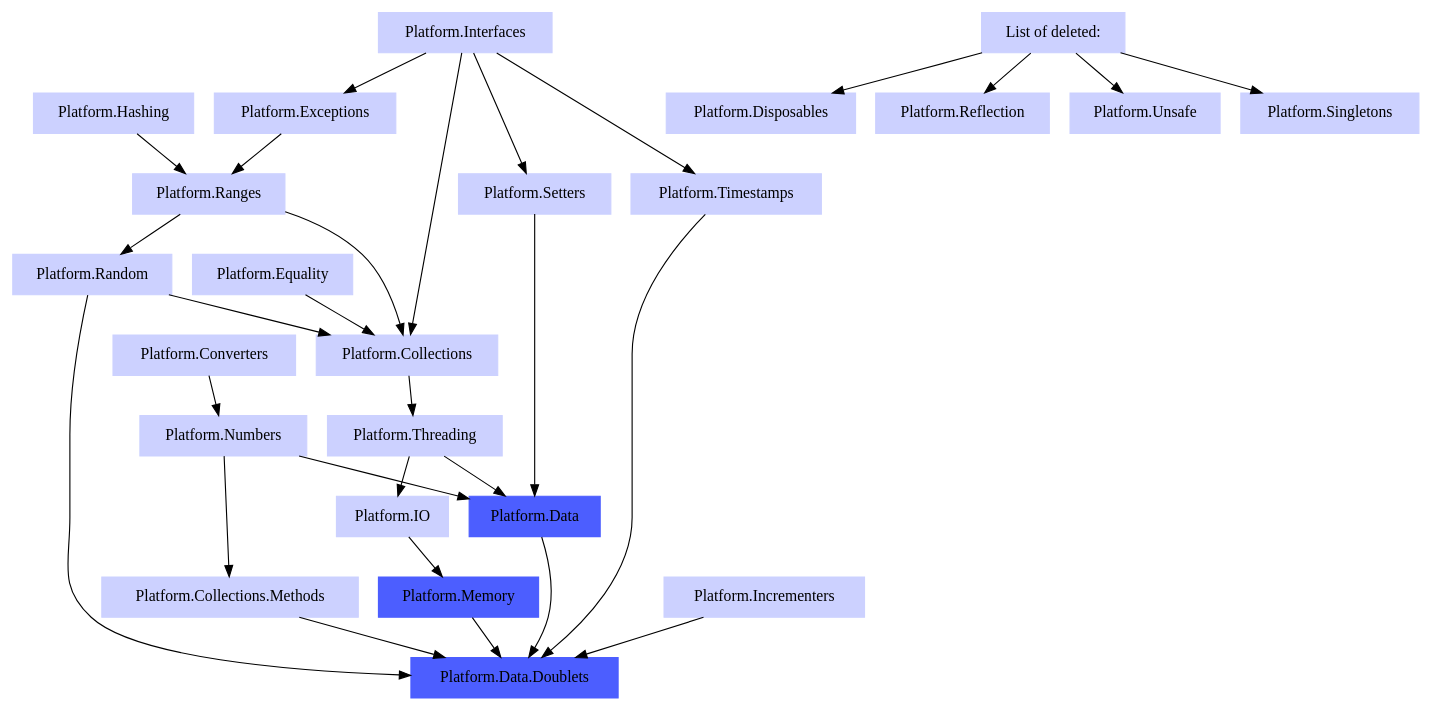
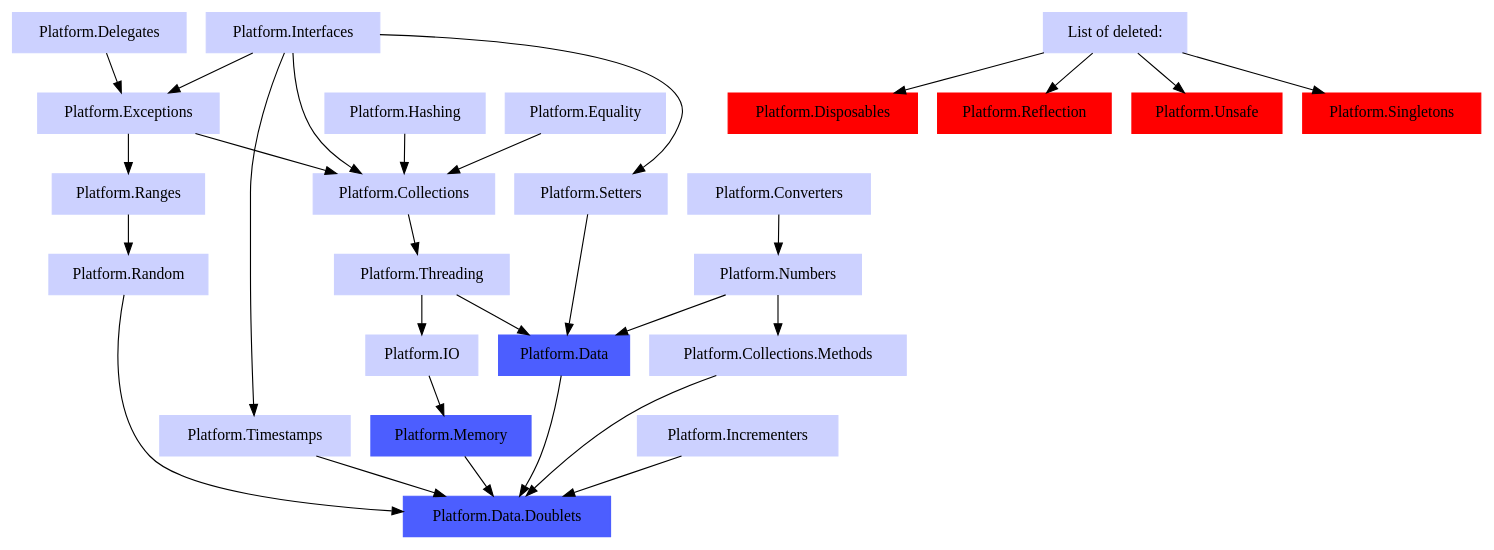
The diagram in doc/Dependencies/Platform.Data.Doublets.cpp.dot (linksplatform/Documentation), drawn with Graphviz before and after one commit.

```diff
--- a/doc/Dependencies/Platform.Data.Doublets.cpp.dot
+++ b/doc/Dependencies/Platform.Data.Doublets.cpp.dot
@@ -1,68 +1,70 @@
 digraph PlatformDataDoubletsDependencies {
   node [style=filled, color="0.650 0.200 1.000", shape="rectangle"]
 
 
+  "Platform.Delegates" -> "Platform.Exceptions" 
   "Platform.Interfaces" -> "Platform.Exceptions" 
   "Platform.Interfaces" -> "Platform.Collections"
-  "Platform.Ranges" -> "Platform.Collections"
-  "Platform.Random" -> "Platform.Collections"
 
   "Platform.Exceptions" -> "Platform.Ranges"
-
+  "Platform.Exceptions" -> "Platform.Collections"
 
   "Platform.Threading" -> "Platform.IO"
 
   "Platform.Collections" -> "Platform.Threading"
 
   "Platform.Converters" -> "Platform.Numbers"
 
   "Platform.Numbers" -> "Platform.Collections.Methods"
 
   "Platform.Ranges" -> "Platform.Random"
 
   "Platform.Interfaces" -> "Platform.Timestamps"
 
   "Platform.Interfaces" -> "Platform.Setters"
 
   "Platform.IO" -> "Platform.Memory"
 
   "Platform.Threading" -> "Platform.Data"
   "Platform.Numbers" -> "Platform.Data"
   "Platform.Setters" -> "Platform.Data"
 
   "Platform.Random" -> "Platform.Data.Doublets"
   "Platform.Timestamps" -> "Platform.Data.Doublets"
   "Platform.Collections.Methods" -> "Platform.Data.Doublets"
   "Platform.Memory" -> "Platform.Data.Doublets"
   "Platform.Data" -> "Platform.Data.Doublets"
   "Platform.Incrementers" -> "Platform.Data.Doublets"
 
   "List of deleted: " -> "Platform.Disposables"
   "List of deleted: " -> "Platform.Reflection"
   "List of deleted: " -> "Platform.Unsafe"
   "List of deleted: " -> "Platform.Singletons"
 
-  "Platform.Hashing" -> "Platform.Ranges"
+  "Platform.Hashing" -> "Platform.Collections"
   "Platform.Equality" -> "Platform.Collections"
 
+  "Platform.Hashing" [href="https://github.com/linksplatform/Hashing"]
+  "Platform.Equality" [href="https://github.com/linksplatform/Equality"]
+  "Platform.Delegates" [href="https://github.com/linksplatform/Delegates"]
   "Platform.Exceptions" [href="https://github.com/linksplatform/Exceptions"]
-  "Platform.Disposables" [href="https://github.com/linksplatform/Disposables"]
-  "Platform.Unsafe" [href="https://github.com/linksplatform/Unsafe"]
+  "Platform.Disposables" [color="1.000 1.000 1.000", href="https://github.com/linksplatform/Disposables"]
+  "Platform.Unsafe" [color="1.000 1.000 1.000", href="https://github.com/linksplatform/Unsafe"]
   "Platform.Collections" [href="https://github.com/linksplatform/Collections"]
   "Platform.Converters" [href="https://github.com/linksplatform/Converters"]
   "Platform.Ranges" [href="https://github.com/linksplatform/Ranges"]
   "Platform.Interfaces" [href="https://github.com/linksplatform/Interfaces"]
   "Platform.Incrementers" [href="https://github.com/linksplatform/Incrementers"]
-  "Platform.Reflection" [href="https://github.com/linksplatform/Reflection"]
+  "Platform.Reflection" [color="1.000 1.000 1.000", href="https://github.com/linksplatform/Reflection"]
   "Platform.IO" [href="https://github.com/linksplatform/IO"]
   "Platform.Threading" [href="https://github.com/linksplatform/Threading"]
   "Platform.Numbers" [href="https://github.com/linksplatform/Numbers"]
   "Platform.Setters" [href="https://github.com/linksplatform/Setters"]
   "Platform.Random" [href="https://github.com/linksplatform/Random"]
   "Platform.Timestamps" [href="https://github.com/linksplatform/Timestamps"]
   "Platform.Collections.Methods" [href="https://github.com/linksplatform/Collections.Methods"]
-  "Platform.Singletons" [href="https://github.com/linksplatform/Singletons"]
+  "Platform.Singletons" [color="1.000 1.000 1.000", href="https://github.com/linksplatform/Singletons"]
   "Platform.Memory" [color="0.650 0.700 1.000", href="https://github.com/linksplatform/Memory"]
   "Platform.Data" [color="0.650 0.700 1.000", href="https://github.com/linksplatform/Data"]
   "Platform.Data.Doublets" [color="0.650 0.700 1.000", style=filled, href="https://github.com/linksplatform/Data.Doublets"]
 }
```
